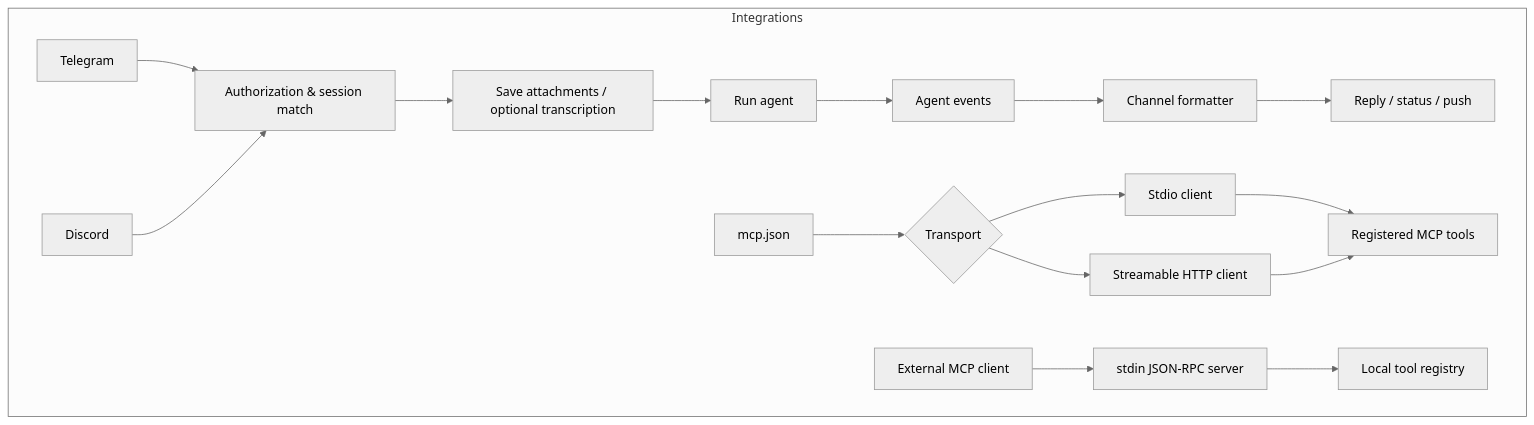
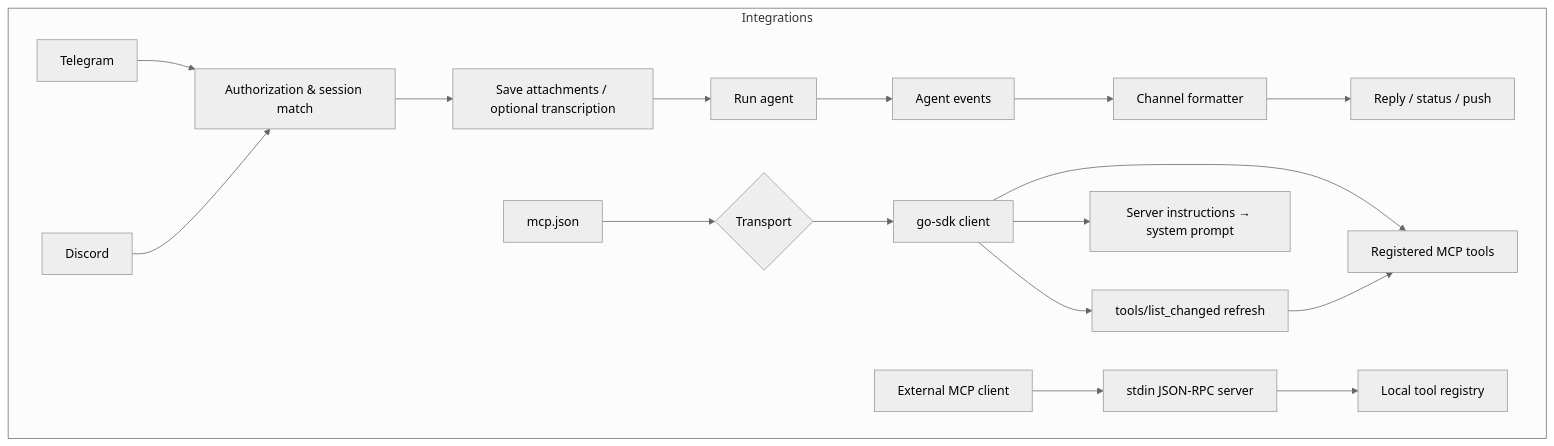
Before and after one commit to agenvoy/Agenvoy: the eighth of 11 diagrams in doc/architecture.md, drawn with Mermaid (neutral theme). The commit also changed other lines of this file and 5 other files, not shown here.

Commit message:
doc: Align docs with MCP go-sdk, reasoning_guide, and runtime limits

````diff
--- a/doc/architecture.md
+++ b/doc/architecture.md
@@ -163,20 +163,21 @@
 ```mermaid
 graph TB
     subgraph Integrations[Integrations]
         Telegram[Telegram] --> Auth[Authorization & session match]
         Discord[Discord] --> Auth
         Auth --> Attachments[Save attachments / optional transcription]
         Attachments --> ChatRun[Run agent]
         ChatRun --> Events[Agent events]
         Events --> Format[Channel formatter]
         Format --> Reply[Reply / status / push]
 
         MCPConfig[mcp.json] --> Transport{Transport}
-        Transport --> Stdio[Stdio client]
-        Transport --> StreamHTTP[Streamable HTTP client]
-        Stdio --> MCPTools[Registered MCP tools]
-        StreamHTTP --> MCPTools
+        Transport --> SDKClient[go-sdk client]
+        SDKClient --> MCPTools[Registered MCP tools]
+        SDKClient --> Refresh[tools/list_changed refresh]
+        Refresh --> MCPTools
+        SDKClient --> Instructions[Server instructions → system prompt]
         ExternalClient[External MCP client] --> LocalMCP[stdin JSON-RPC server]
         LocalMCP --> Tools[Local tool registry]
     end
 ```
````
